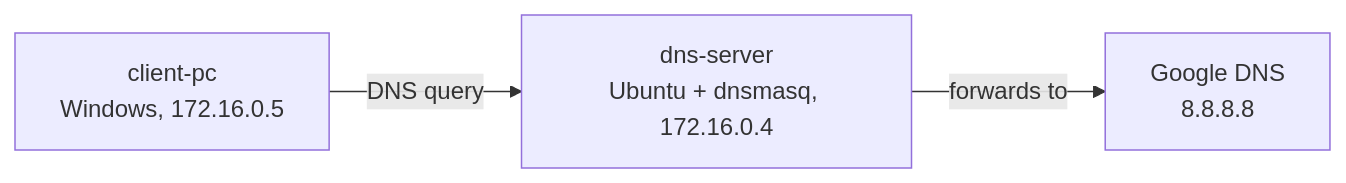
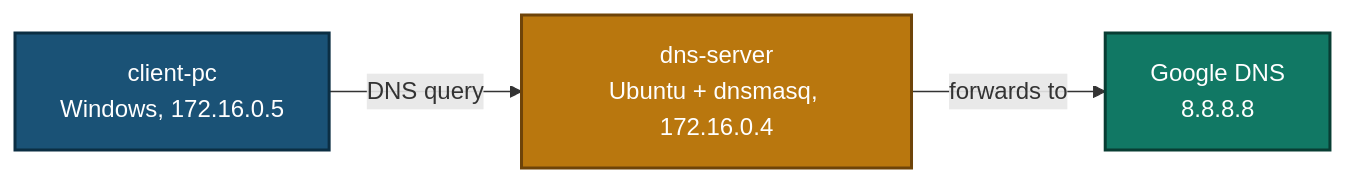
Before and after one commit to malaika-azhar/Customer-Tech-Support-Portfolio: the first of 5 diagrams in 02-Ticket-simulations/02.1-DNS-Ticket.md, drawn with Mermaid. The commit also changed other lines of this file, not shown here.

````diff
--- a/02-Ticket-simulations/02.1-DNS-Ticket.md
+++ b/02-Ticket-simulations/02.1-DNS-Ticket.md
@@ -92,5 +92,11 @@
 ```mermaid
 flowchart LR
     A["client-pc<br>Windows, 172.16.0.5"] -->|DNS query| B["dns-server<br>Ubuntu + dnsmasq, 172.16.0.4"]
     B -->|forwards to| C["Google DNS<br>8.8.8.8"]
+    classDef blue fill:#1A5276,stroke:#0B2E43,stroke-width:2px,color:#FFFFFF;
+    classDef orange fill:#B9770E,stroke:#6E4409,stroke-width:2px,color:#FFFFFF;
+    classDef green fill:#117864,stroke:#083D33,stroke-width:2px,color:#FFFFFF;
+    class A blue;
+    class B orange;
+    class C green;
 ```
````
